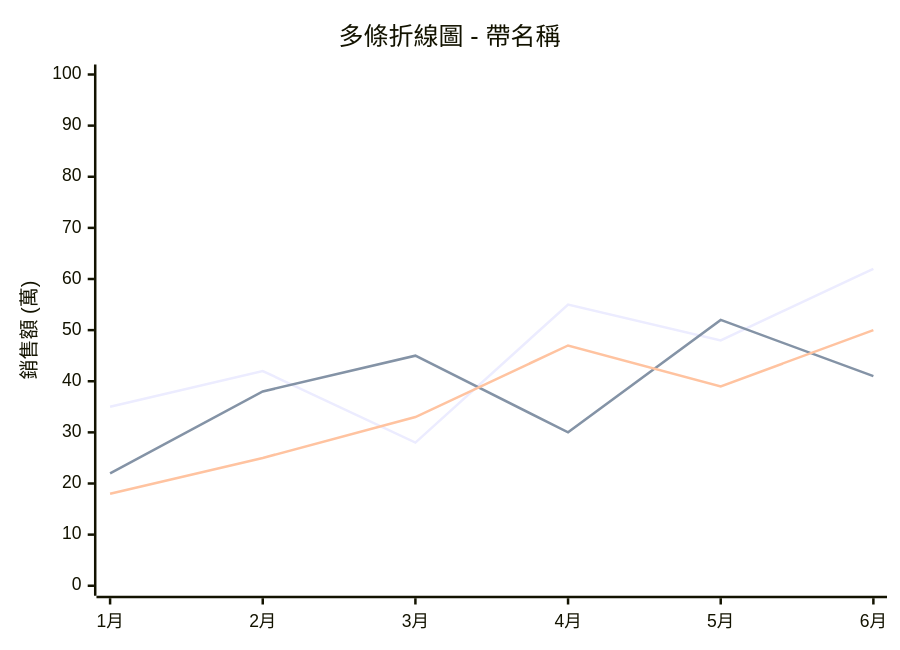
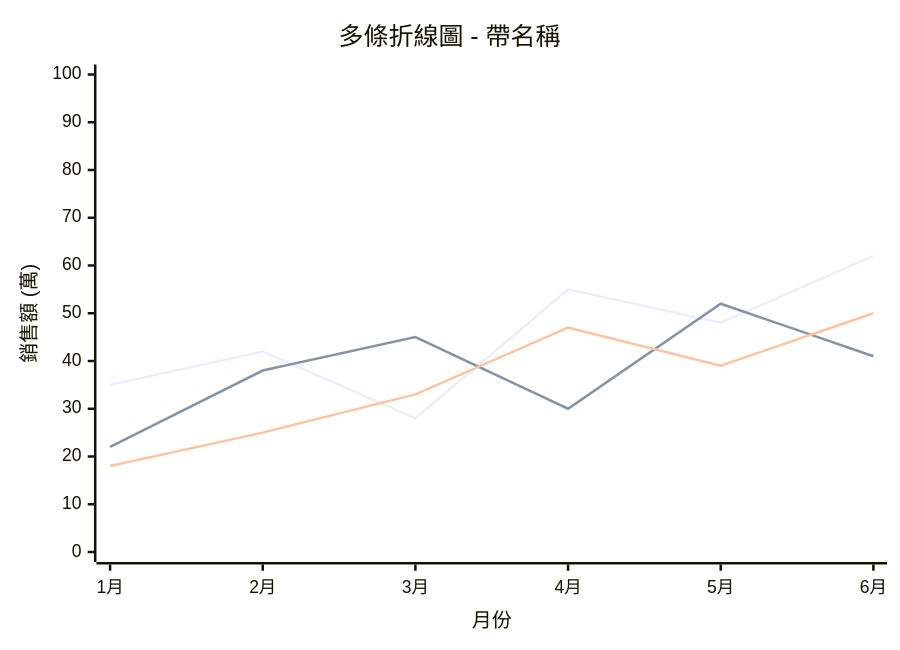
The second of 13 diagrams in obsidian/skills/obsidian-mermaid-visualizer/data-viz/xychart.md (kouko/monkey-skills), drawn with Mermaid before and after one commit. The commit also changed other lines of this file and 3 other files, not shown here.

````diff
--- a/obsidian/skills/obsidian-mermaid-visualizer/data-viz/xychart.md
+++ b/obsidian/skills/obsidian-mermaid-visualizer/data-viz/xychart.md
@@ -61,9 +82,9 @@
 ```mermaid
 xychart-beta
     title "多條折線圖 - 帶名稱"
-    x-axis ["1月", "2月", "3月", "4月", "5月", "6月"]
+    x-axis "月份" ["1月", "2月", "3月", "4月", "5月", "6月"]
     y-axis "銷售額 (萬)" 0 --> 100
     line "產品 A" [35, 42, 28, 55, 48, 62]
     line "產品 B" [22, 38, 45, 30, 52, 41]
     line "產品 C" [18, 25, 33, 47, 39, 50]
 ```
````
